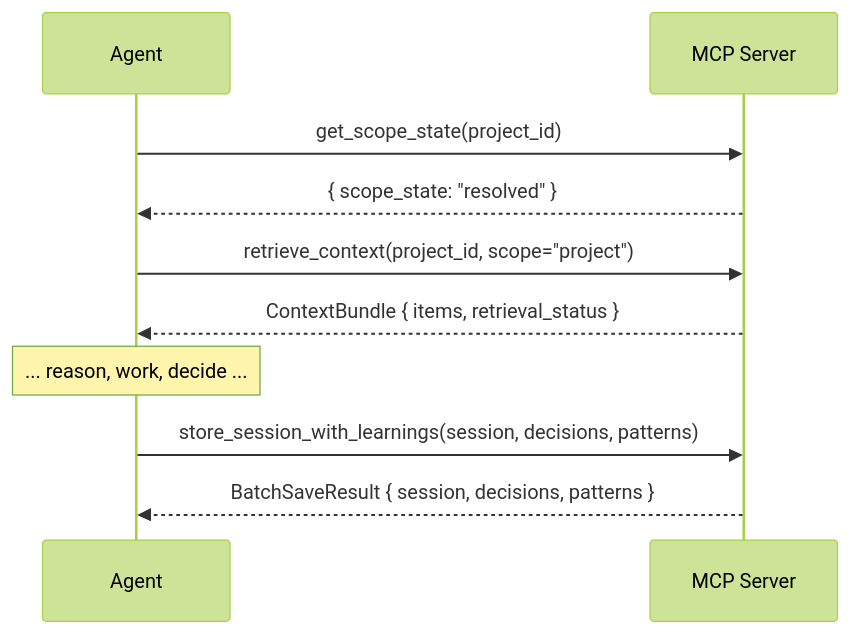
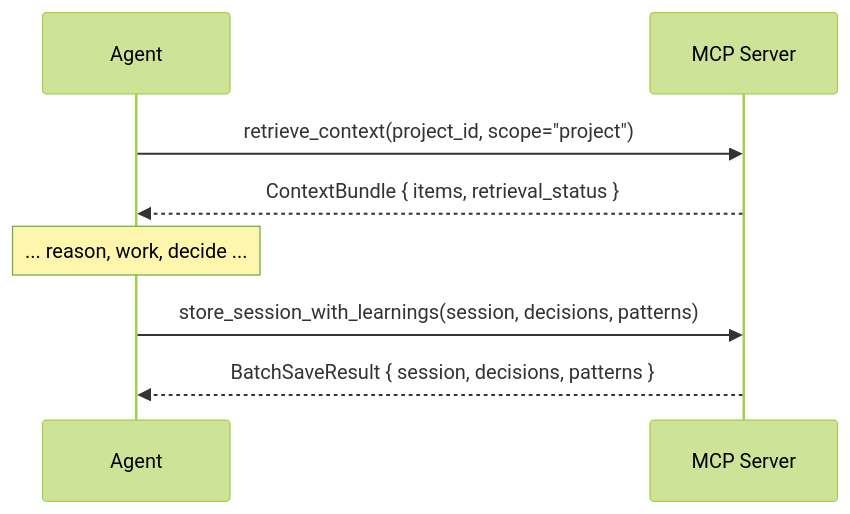
Before and after one commit to khoavu882/graphbase-memories-mcp: the diagram in docs/tools/index.md, drawn with Mermaid (forest theme). The commit also changed other lines of this file and 70 other files, not shown here.

````diff
--- a/docs/tools/index.md
+++ b/docs/tools/index.md
@@ -24,16 +25,13 @@
     ```mermaid
     sequenceDiagram
         participant A as Agent
         participant M as MCP Server
-
-        A->>M: get_scope_state(project_id)
-        M-->>A: { scope_state: "resolved" }
 
         A->>M: retrieve_context(project_id, scope="project")
         M-->>A: ContextBundle { items, retrieval_status }
 
         Note over A: ... reason, work, decide ...
 
         A->>M: store_session_with_learnings(session, decisions, patterns)
         M-->>A: BatchSaveResult { session, decisions, patterns }
     ```
````
